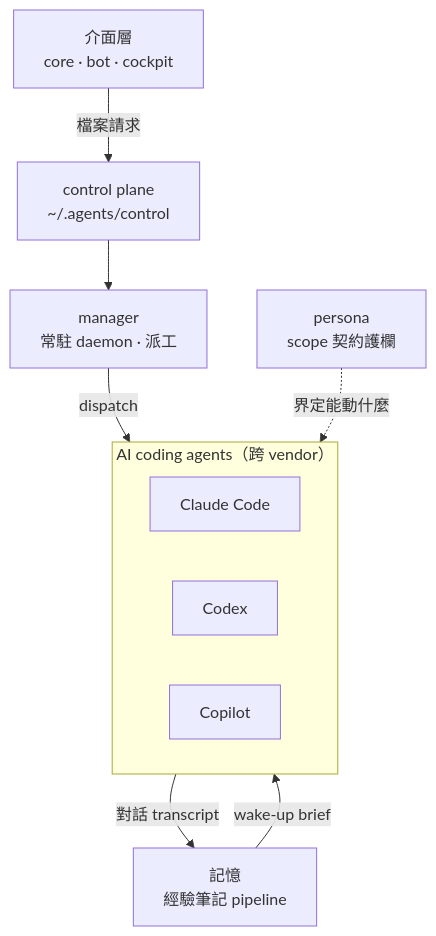
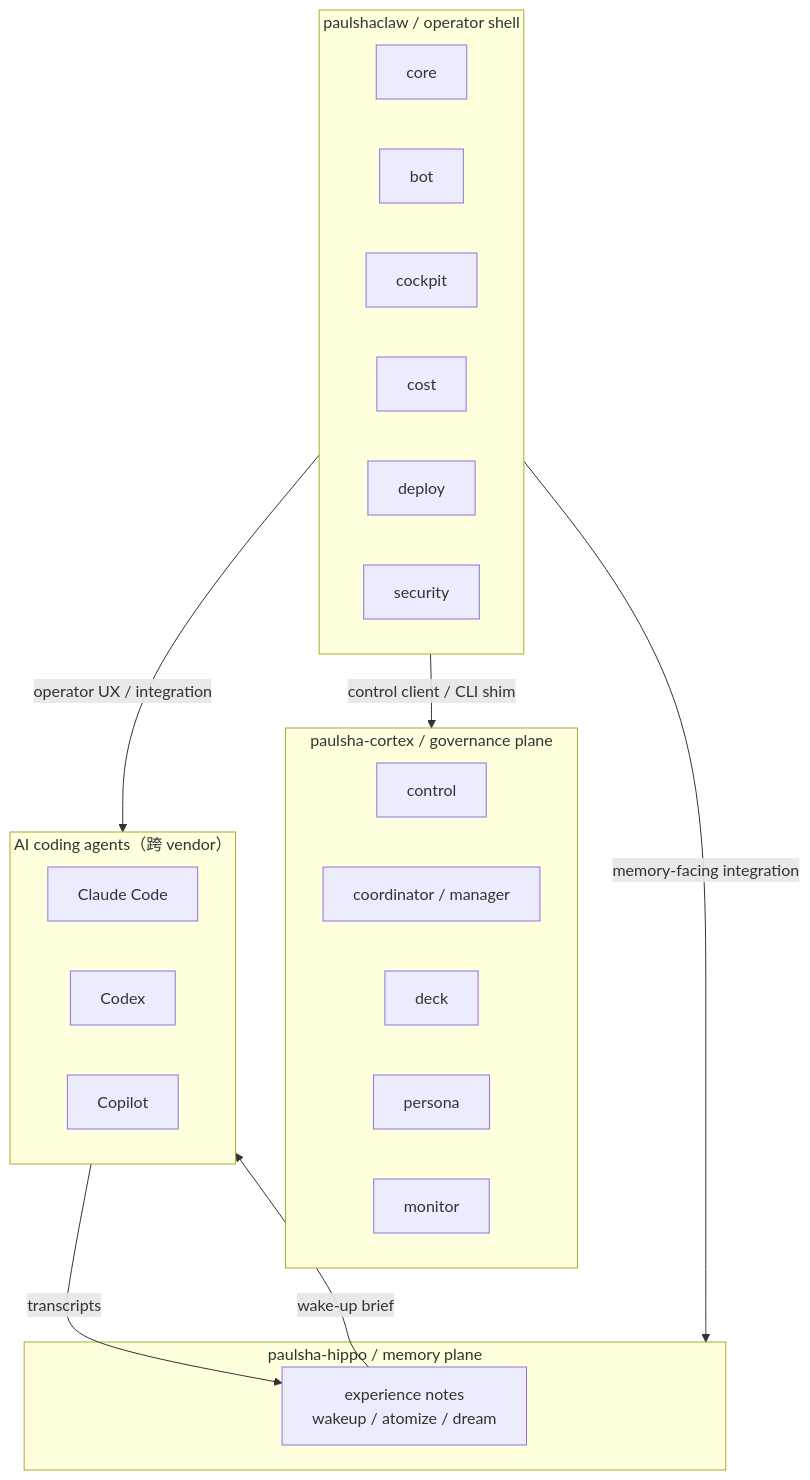
The diagram in README.md (hamanpaul/paulshaclaw), drawn with Mermaid before and after one commit. The commit also changed other lines of this file and 10 other files, not shown here.

First line of the commit message:
refactor: 對齊 operator shell import gate 與 shim smoke

````diff
--- a/README.md
+++ b/README.md
@@ -21,16 +15,35 @@
 ```mermaid
 flowchart TB
     subgraph vendors[AI coding agents（跨 vendor）]
         CC[Claude Code]
         CX[Codex]
         CP[Copilot]
     end
 
-    MGR["manager<br/>常駐 daemon · 派工"] -->|dispatch| vendors
-    PERSONA["persona<br/>scope 契約護欄"] -. 界定能動什麼 .-> vendors
-    vendors -->|對話 transcript| MEM["記憶<br/>經驗筆記 pipeline"]
+    subgraph shell[paulshaclaw / operator shell]
+        CORE[core]
+        BOT[bot]
+        COCKPIT[cockpit]
+        COST[cost]
+        DEPLOY[deploy]
+        SECURITY[security]
+    end
+
+    subgraph hippo[paulsha-hippo / memory plane]
+        MEM[experience notes\nwakeup / atomize / dream]
+    end
+
+    subgraph cortex[paulsha-cortex / governance plane]
+        CTRL[control]
+        MGR[coordinator / manager]
+        DECK[deck]
+        PERSONA[persona]
+        MON[monitor]
+    end
+
+    vendors -->|transcripts| MEM
     MEM -->|wake-up brief| vendors
-
-    UI["介面層<br/>core · bot · cockpit"] -->|檔案請求| CTRL["control plane<br/>~/.agents/control"]
-    CTRL --> MGR
+    shell -->|operator UX / integration| vendors
+    shell -->|control client / CLI shim| cortex
+    shell -->|memory-facing integration| hippo
 ```
````
